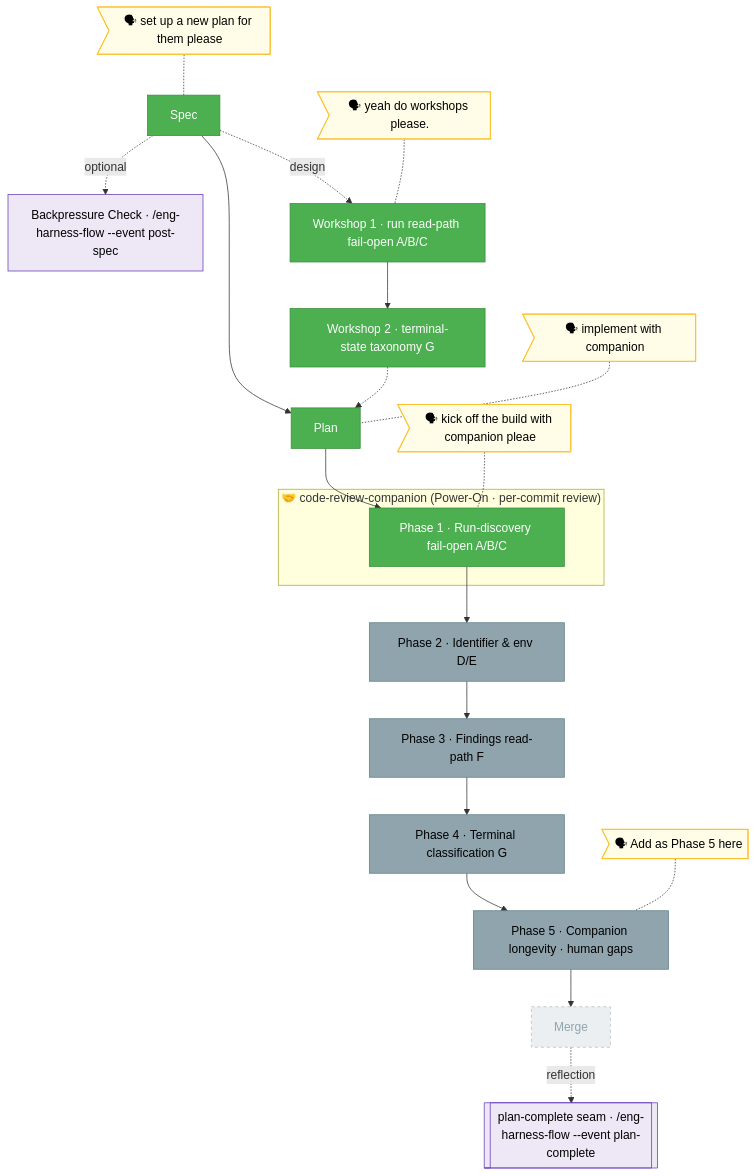
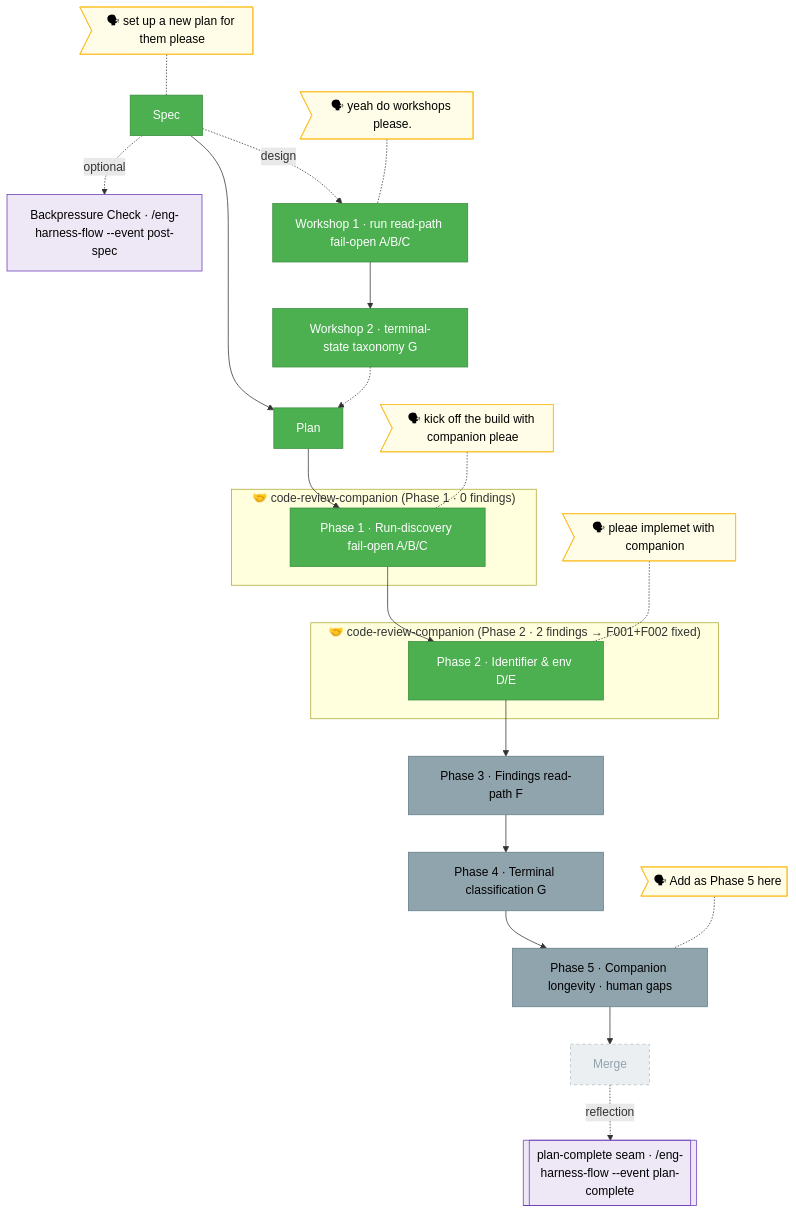
One commit to AI-Substrate/minih changed the diagram in docs/plans/028-companion-mode-reliability/the-flow.md. Above: the diagram before and after it, drawn with Mermaid. The commit also changed other lines of this file and 6 other files, not shown here.

````diff
--- a/docs/plans/028-companion-mode-reliability/the-flow.md
+++ b/docs/plans/028-companion-mode-reliability/the-flow.md
@@ -7,42 +7,45 @@
 ```mermaid
 flowchart TD
     classDef done    fill:#4CAF50,stroke:#388E3C,color:#fff
     classDef wip     fill:#FF9800,stroke:#F57C00,color:#000
     classDef blocked fill:#F44336,stroke:#D32F2F,color:#fff
     classDef known   fill:#90A4AE,stroke:#607D8B,color:#000
     classDef assumed fill:#ECEFF1,stroke:#B0BEC5,color:#90A4AE,stroke-dasharray:4 4
     classDef said    fill:#FFFDE7,stroke:#FBC02D,color:#000
     classDef harness fill:#EDE7F6,stroke:#673AB7,color:#000
 
     %% ── spine: spec → plan → 5 build phases → merge ──
     S[Spec]:::done --> PL[Plan]:::done --> P1[Phase 1 · Run-discovery fail-open A/B/C]:::done
-    P1 --> P2[Phase 2 · Identifier & env D/E]:::known --> P3[Phase 3 · Findings read-path F]:::known --> P4[Phase 4 · Terminal classification G]:::known --> P5[Phase 5 · Companion longevity · human gaps]:::known --> M[Merge]:::assumed
+    P1 --> P2[Phase 2 · Identifier & env D/E]:::done --> P3[Phase 3 · Findings read-path F]:::known --> P4[Phase 4 · Terminal classification G]:::known --> P5[Phase 5 · Companion longevity · human gaps]:::known --> M[Merge]:::assumed
 
-    %% ── live code-review companion wrapping Phase 1 (kind:companion, render:wrap) ──
-    subgraph CMP1["🤝 code-review-companion (Power-On · per-commit review)"]
+    %% ── live code-review companions wrapping each built phase (kind:companion, render:wrap) ──
+    subgraph CMP1["🤝 code-review-companion (Phase 1 · 0 findings)"]
         P1
+    end
+    subgraph CMP2["🤝 code-review-companion (Phase 2 · 2 findings → F001+F002 fixed)"]
+        P2
     end
 
     %% ── optional post-spec backpressure survey (offered, not taken — dotted off the spine) ──
     S -.->|optional| BP["Backpressure Check · /eng-harness-flow --event post-spec"]:::harness
 
     %% ── workshop excursions (each its own node), rejoining at the plan ──
     S -.->|design| W1[Workshop 1 · run read-path fail-open A/B/C]:::done
     W1 --> W2[Workshop 2 · terminal-state taxonomy G]:::done
     W2 -.-> PL
 
     %% ── harness seam node (first-class; router IS installed) ──
     M -.->|reflection| HH[["plan-complete seam · /eng-harness-flow --event plan-complete"]]:::harness
 
     %% ── verbatim user-said bubbles ──
     US>"🗣 set up a new plan for them please"]:::said
     US -.- S
     UW>"🗣 yeah do workshops please."]:::said
     UW -.- W1
-    UC>"🗣 implement with companion"]:::said
-    UC -.- PL
+    UB>"🗣 kick off the build with companion pleae"]:::said
+    UB -.- P1
+    UC>"🗣 pleae implemet with companion"]:::said
+    UC -.- P2
     UP5>"🗣 Add as Phase 5 here"]:::said
     UP5 -.- P5
-    UB>"🗣 kick off the build with companion pleae"]:::said
-    UB -.- P1
 ```
````
